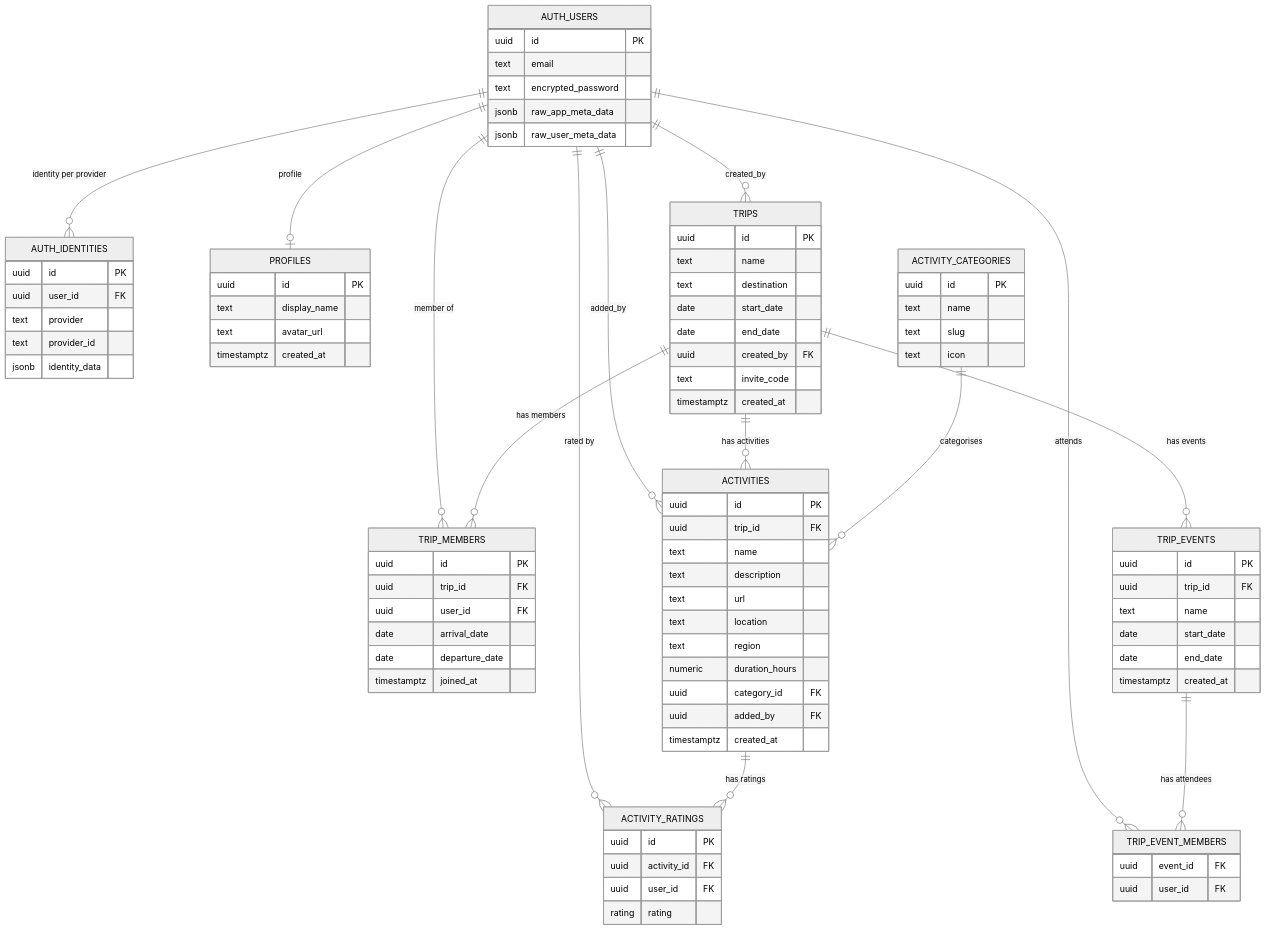
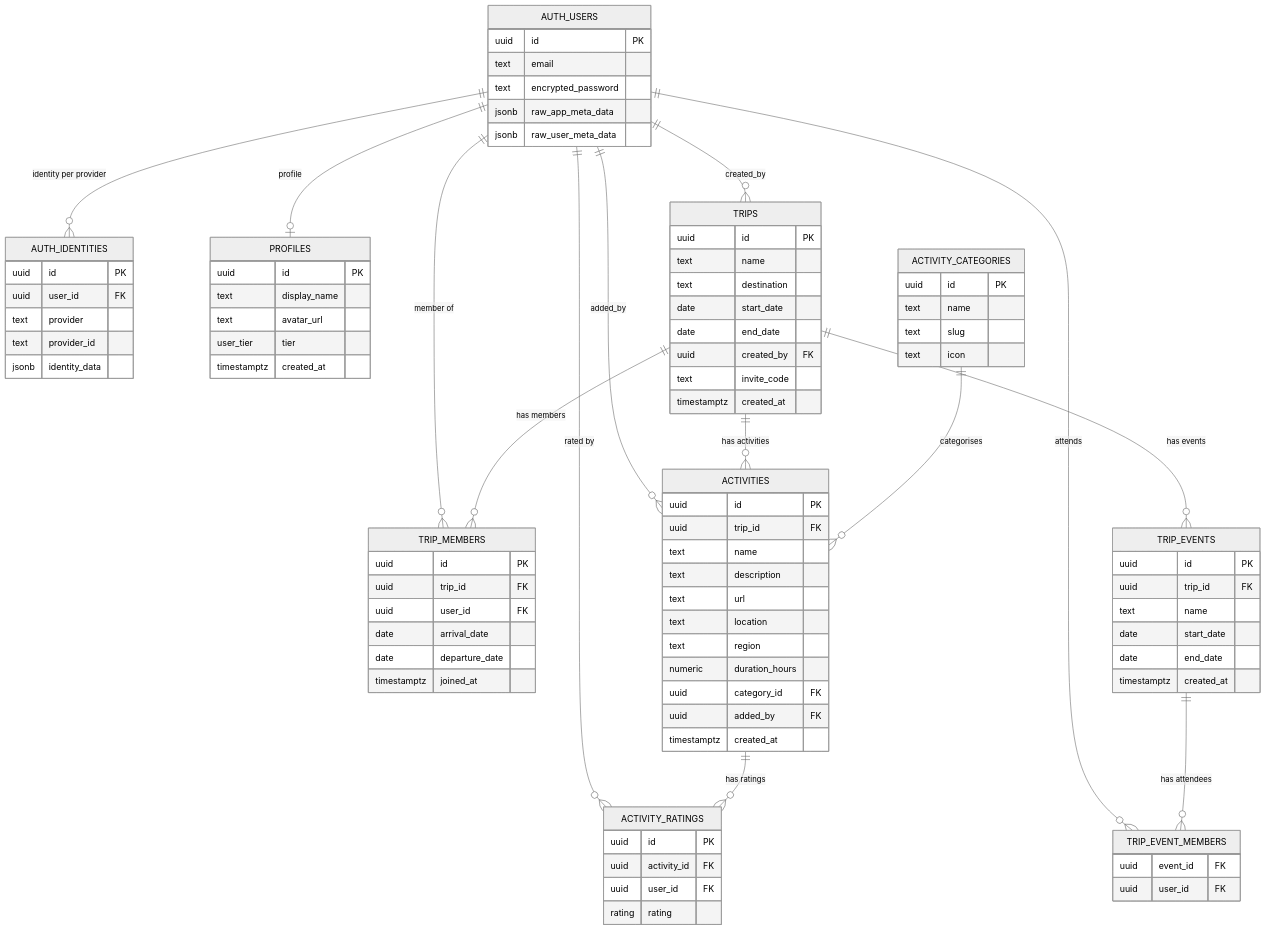
One commit to ChrisPipitone/pulse-travel changed the first of 2 diagrams in docs/DATA_MODEL.md. Above: the diagram before and after it, drawn with Mermaid (neutral theme). The commit also changed other lines of this file and 4 other files, not shown here.

```diff
--- a/docs/DATA_MODEL.md
+++ b/docs/DATA_MODEL.md
@@ -24,6 +24,7 @@
         uuid id PK
         text display_name
         text avatar_url
+        user_tier tier
         timestamptz created_at
     }
     TRIPS {
```
